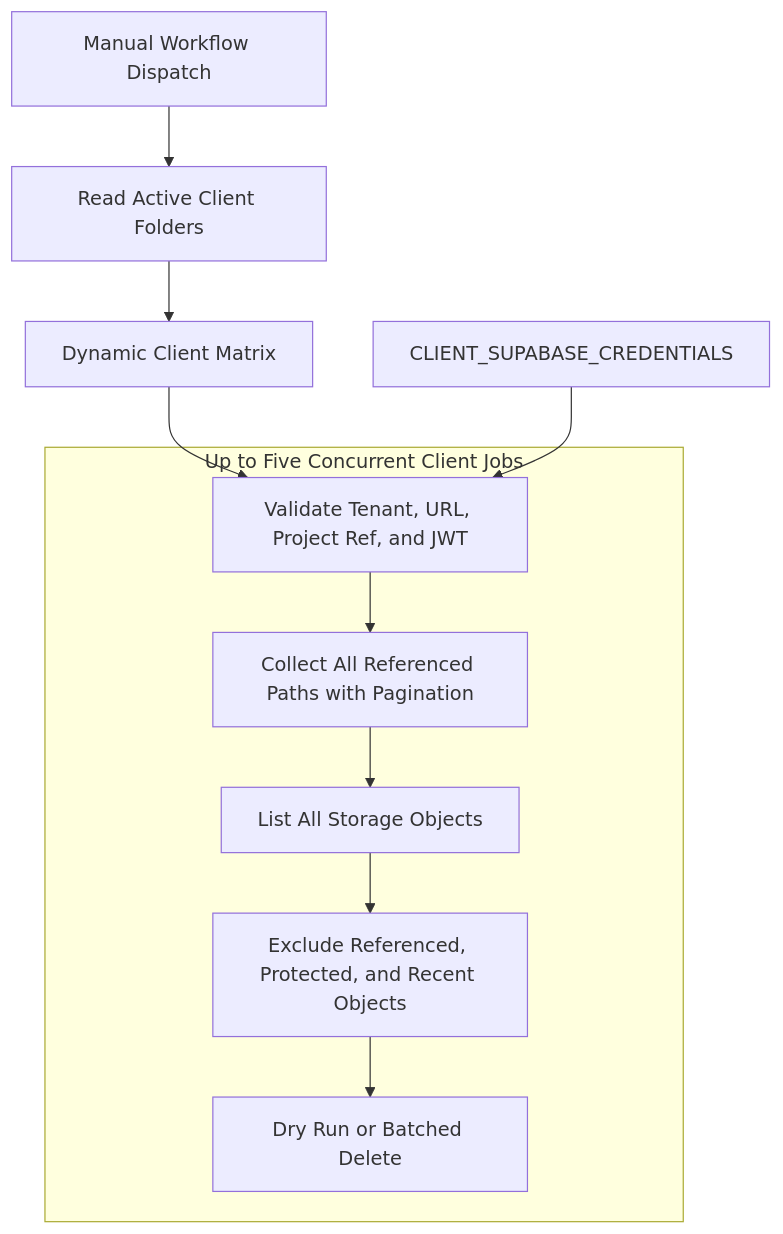
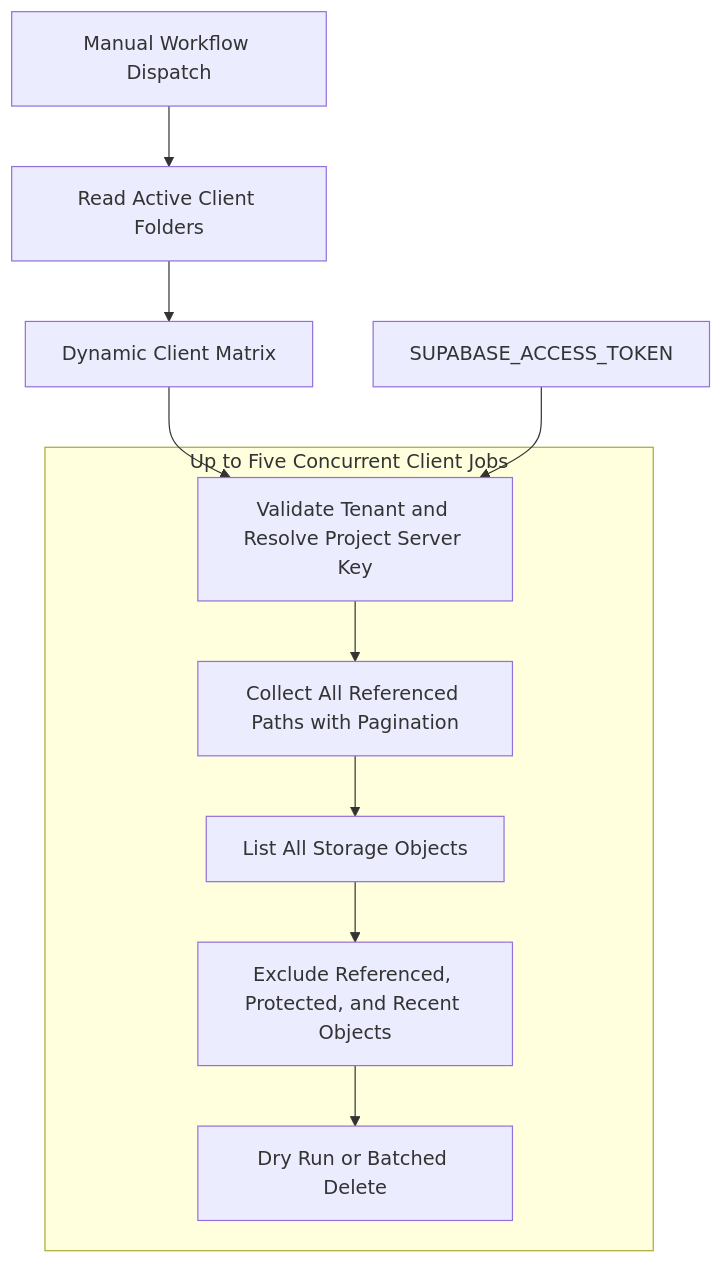
Before and after one commit to mushfiqueyeasir/reverb-commerce: the sixth of 6 diagrams in doc/ARCHITECTURE.md, drawn with Mermaid. The commit also changed other lines of this file and 76 other files, not shown here.

````diff
--- a/doc/ARCHITECTURE.md
+++ b/doc/ARCHITECTURE.md
@@ -273,19 +273,19 @@
 ```mermaid
 flowchart TB
     dispatch[Manual Workflow Dispatch]
     discover[Read Active Client Folders]
     matrix[Dynamic Client Matrix]
-    secret[CLIENT_SUPABASE_CREDENTIALS]
+    secret[SUPABASE_ACCESS_TOKEN]
 
     subgraph workers[Up to Five Concurrent Client Jobs]
-        validate[Validate Tenant, URL, Project Ref, and JWT]
+        validate[Validate Tenant and Resolve Project Server Key]
         references[Collect All Referenced Paths with Pagination]
         objects[List All Storage Objects]
         protect[Exclude Referenced, Protected, and Recent Objects]
         result[Dry Run or Batched Delete]
     end
 
     dispatch --> discover --> matrix --> validate
     secret --> validate
     validate --> references --> objects --> protect --> result
 ```
````
